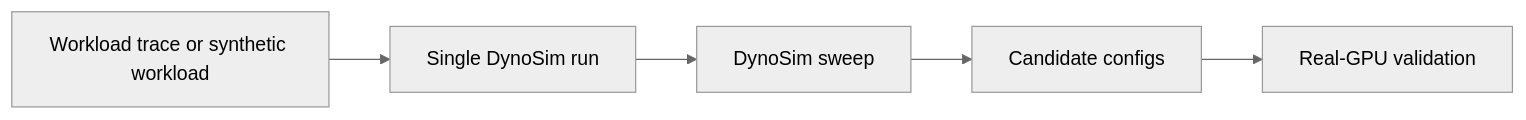
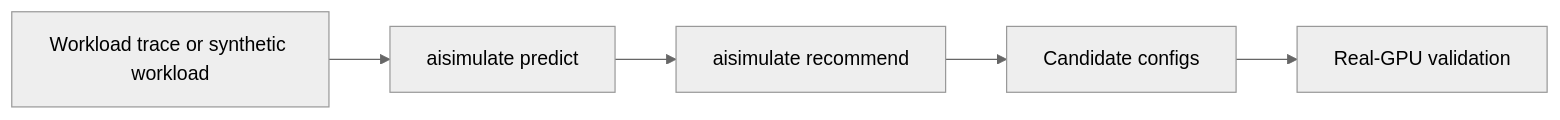
The diagram in docs/fern/pages/cli/operations/simulation-with-dynosim/overview.md (sherlockwu/dynamo), drawn with Mermaid (neutral theme) before and after one commit. The commit also changed other lines of this file and 33 other files, not shown here.

````diff
--- a/docs/fern/pages/cli/operations/simulation-with-dynosim/overview.md
+++ b/docs/fern/pages/cli/operations/simulation-with-dynosim/overview.md
@@ -45,7 +46,7 @@
 ```mermaid
 flowchart LR
-    W["Workload trace or synthetic workload"] --> R["Single DynoSim run"]
-    R --> S["DynoSim sweep"]
+    W["Workload trace or synthetic workload"] --> R["aisimulate predict"]
+    R --> S["aisimulate recommend"]
     S --> C["Candidate configs"]
     C --> G["Real-GPU validation"]
 ```
````
